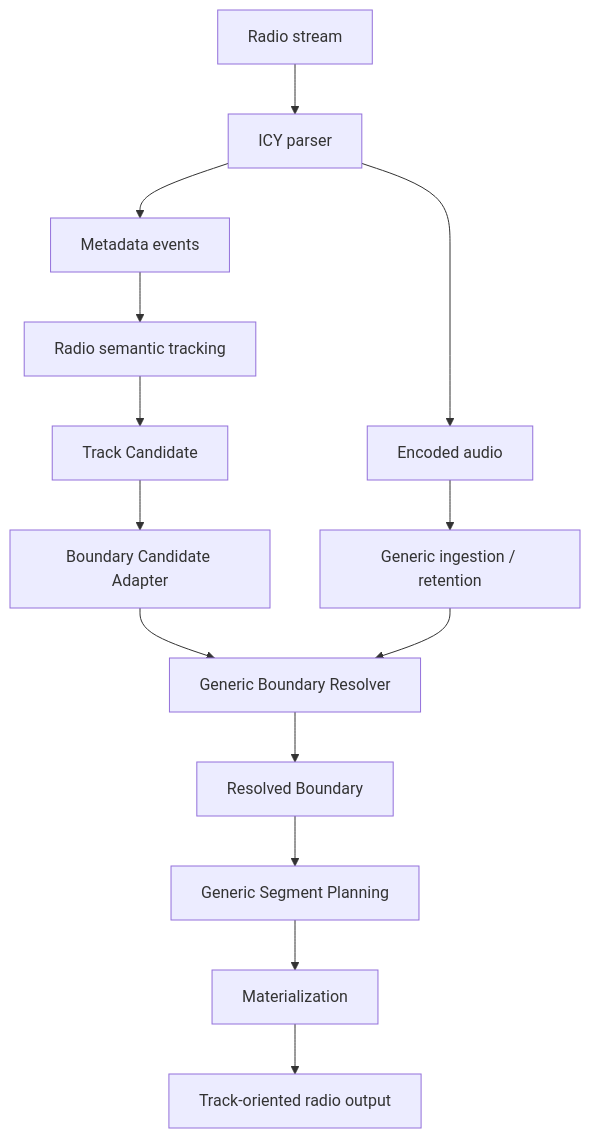
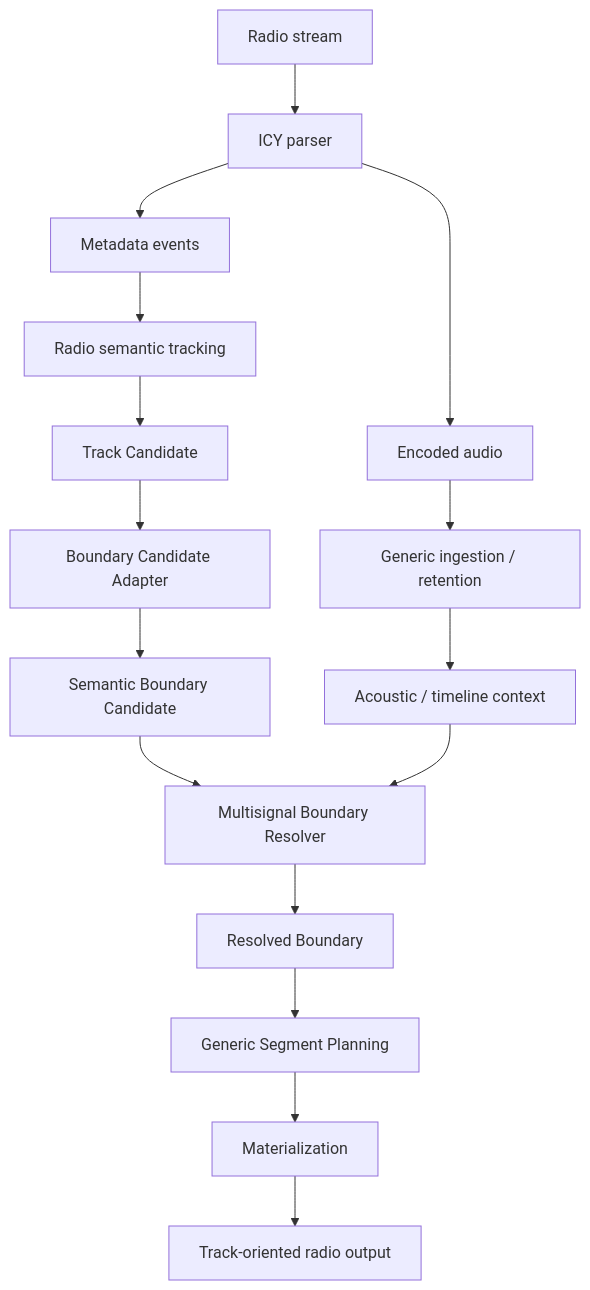
Before and after one commit to pitill0/brynse: the seventh of 9 diagrams in docs/architecture.md, drawn with Mermaid. The commit also changed other lines of this file and 6 other files, not shown here.

Commit message:
Align documentation with production multisignal resolver

````diff
--- a/docs/architecture.md
+++ b/docs/architecture.md
@@ -300,21 +334,23 @@
 ```mermaid
 flowchart TD
     A[Radio stream] --> B[ICY parser]
 
     B --> C[Encoded audio]
     B --> D[Metadata events]
 
     C --> E[Generic ingestion / retention]
     D --> F[Radio semantic tracking]
 
     F --> G[Track Candidate]
     G --> H[Boundary Candidate Adapter]
 
-    H --> I[Generic Boundary Resolver]
-    E --> I
+    H --> I[Semantic Boundary Candidate]
+    E --> J[Acoustic / timeline context]
+    I --> K[Multisignal Boundary Resolver]
+    J --> K
 
-    I --> J[Resolved Boundary]
-    J --> K[Generic Segment Planning]
-    K --> L[Materialization]
-    L --> M[Track-oriented radio output]
+    K --> L[Resolved Boundary]
+    L --> M[Generic Segment Planning]
+    M --> N[Materialization]
+    N --> O[Track-oriented radio output]
 ```
````
